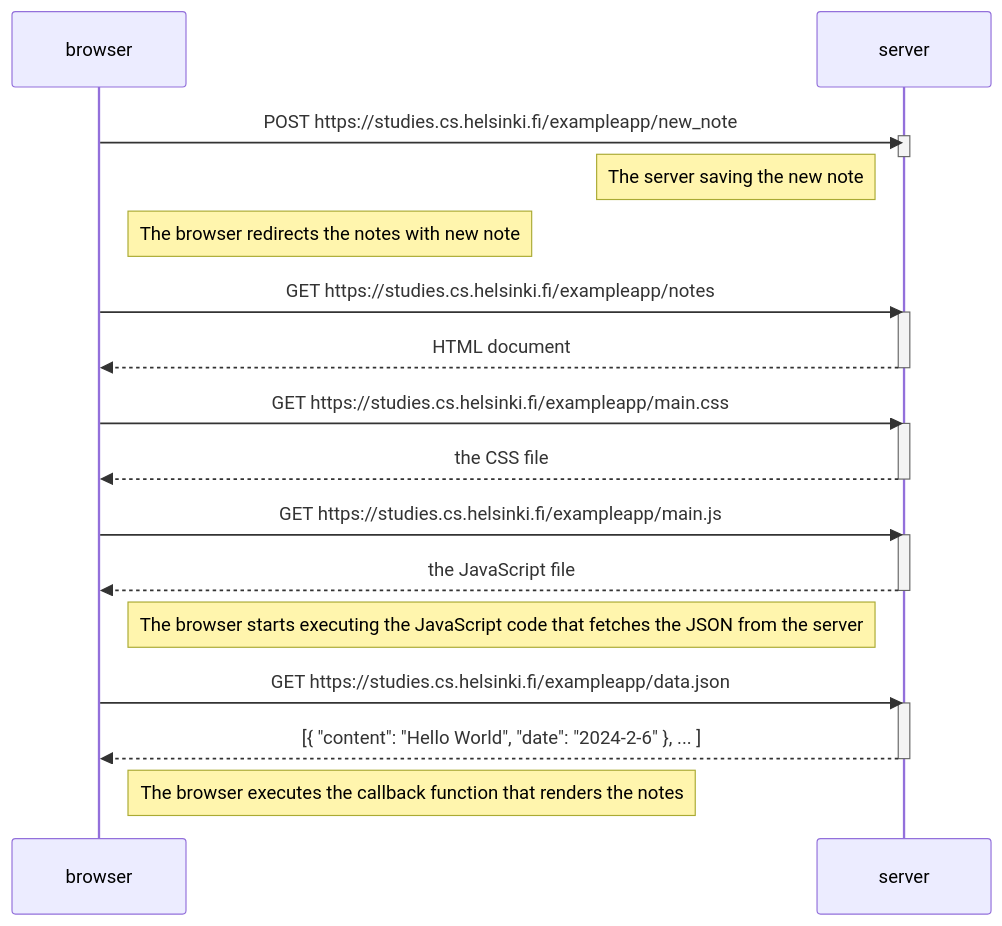
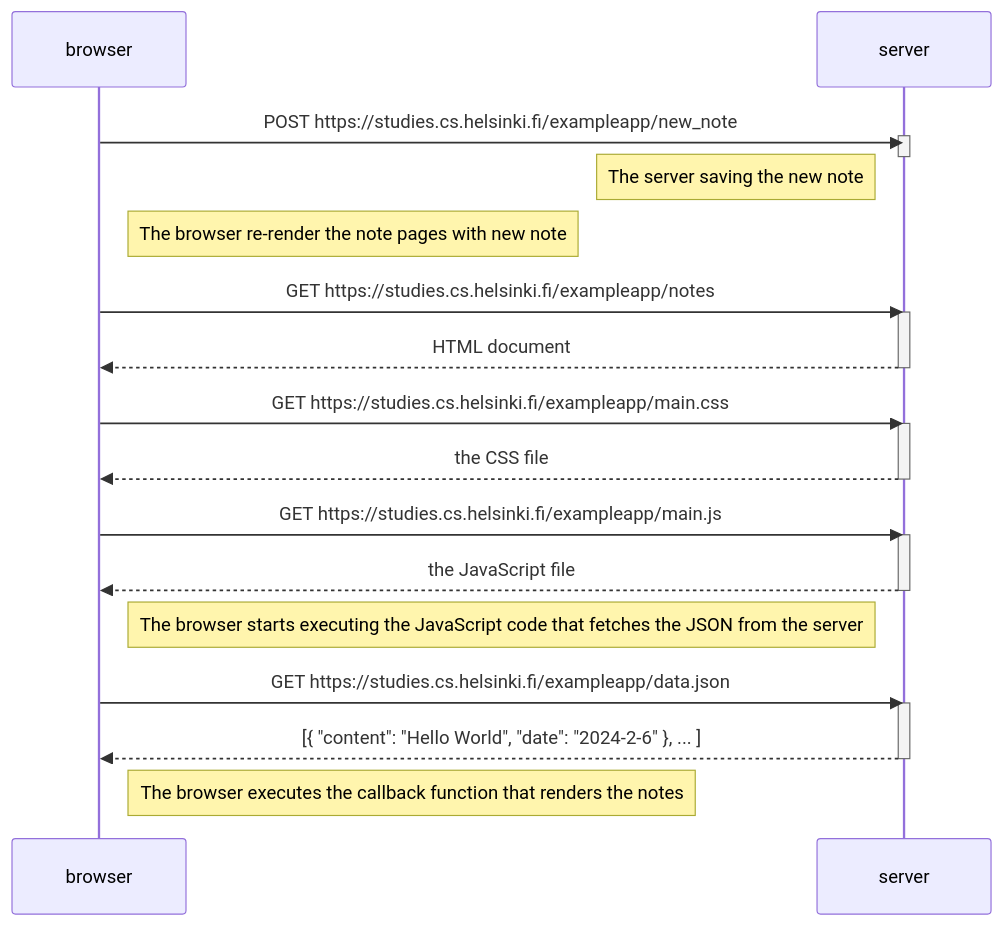
One commit to achmad-syidiq/fullstackopen2024 changed the diagram in part0/0.4.md. Above: the diagram before and after it, drawn with Mermaid.

Commit message:
revisi 0.4.md ke -1

````diff
--- a/part0/0.4.md
+++ b/part0/0.4.md
@@ -3,39 +3,39 @@
 ```mermaid
     sequenceDiagram
        
             participant browser
             participant server
 
             browser->>server : POST https://studies.cs.helsinki.fi/exampleapp/new_note
             activate server
             deactivate server
             
             Note left of server: The server saving the new note
 
-            Note right of browser: The browser redirects the notes with new note
+            Note right of browser: The browser re-render the note pages with new note
 
             
             browser->>server: GET https://studies.cs.helsinki.fi/exampleapp/notes
             activate server
             server-->>browser: HTML document
             deactivate server
 
             browser->>server: GET https://studies.cs.helsinki.fi/exampleapp/main.css
             activate server
             server-->>browser: the CSS file
             deactivate server
 
             browser->>server: GET https://studies.cs.helsinki.fi/exampleapp/main.js
             activate server
             server-->>browser: the JavaScript file
             deactivate server
 
             Note right of browser: The browser starts executing the JavaScript code that fetches the JSON from the server
 
             browser->>server: GET https://studies.cs.helsinki.fi/exampleapp/data.json
             activate server
             server-->>browser: [{ "content": "Hello World", "date": "2024-2-6" }, ... ]
             deactivate server
 
             Note right of browser: The browser executes the callback function that renders the notes
 ```
````
